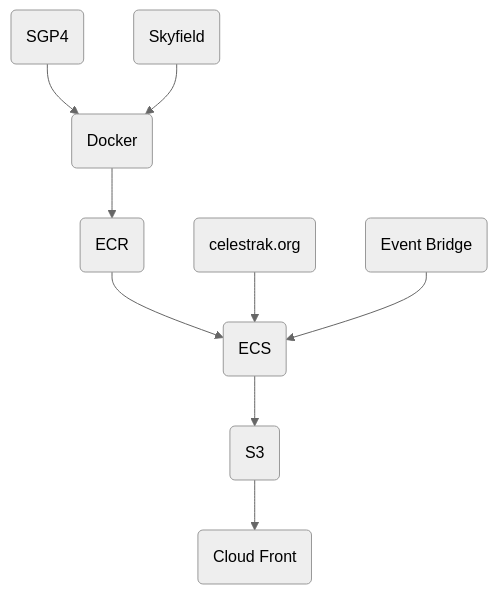
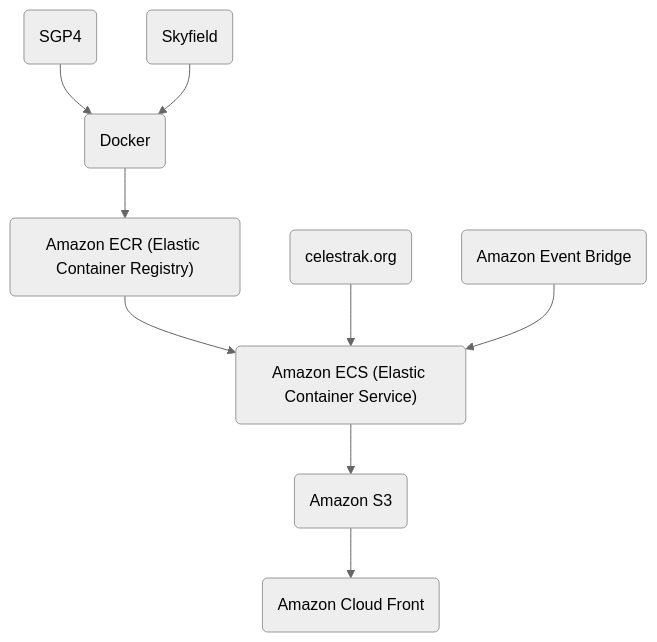
Before and after one commit to bkastner/orbital-decay: the diagram in README.md, drawn with Mermaid (neutral theme).

Commit message:
Better node names

````diff
--- a/README.md
+++ b/README.md
@@ -6,14 +6,14 @@
 ```mermaid
 graph TD;
     SGP4(SGP4)-->Docker;
     Skyfield(Skyfield)-->Docker(Docker);
-    Docker-->ECR(ECR);
+    Docker-->ECR("Amazon ECR (Elastic Container Registry)");
     ECR-->ECS(ECS);
-    ECS-->S3(S3);
-    celestrak.org(celestrak.org) -->ECS(ECS);
-    EventBridge(Event Bridge)-->ECS
-    S3-->CloudFront(Cloud Front);
+    ECS-->S3(Amazon S3);
+    celestrak.org(celestrak.org) -->ECS("Amazon ECS (Elastic Container Service)");
+    EventBridge(Amazon Event Bridge)-->ECS
+    S3-->CloudFront(Amazon Cloud Front);
     click SGP4 "https://pypi.org/project/sgp4/" "Go to SGP4 documentation"
     click Skyfield "https://rhodesmill.org/skyfield/" "Go to Skyfield documentation"
     click celestrak.org "celestrak.org" "Go to celestrak.org"
 ```
````
